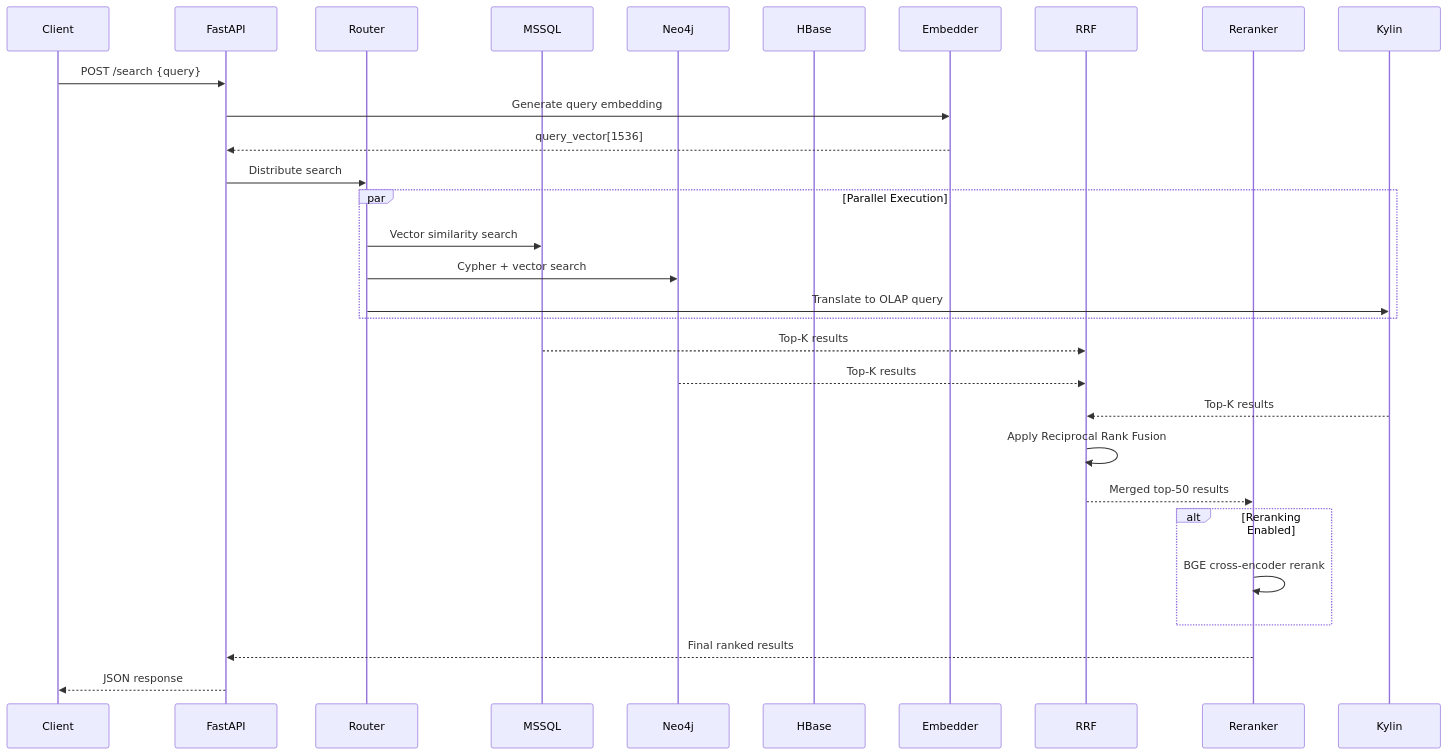
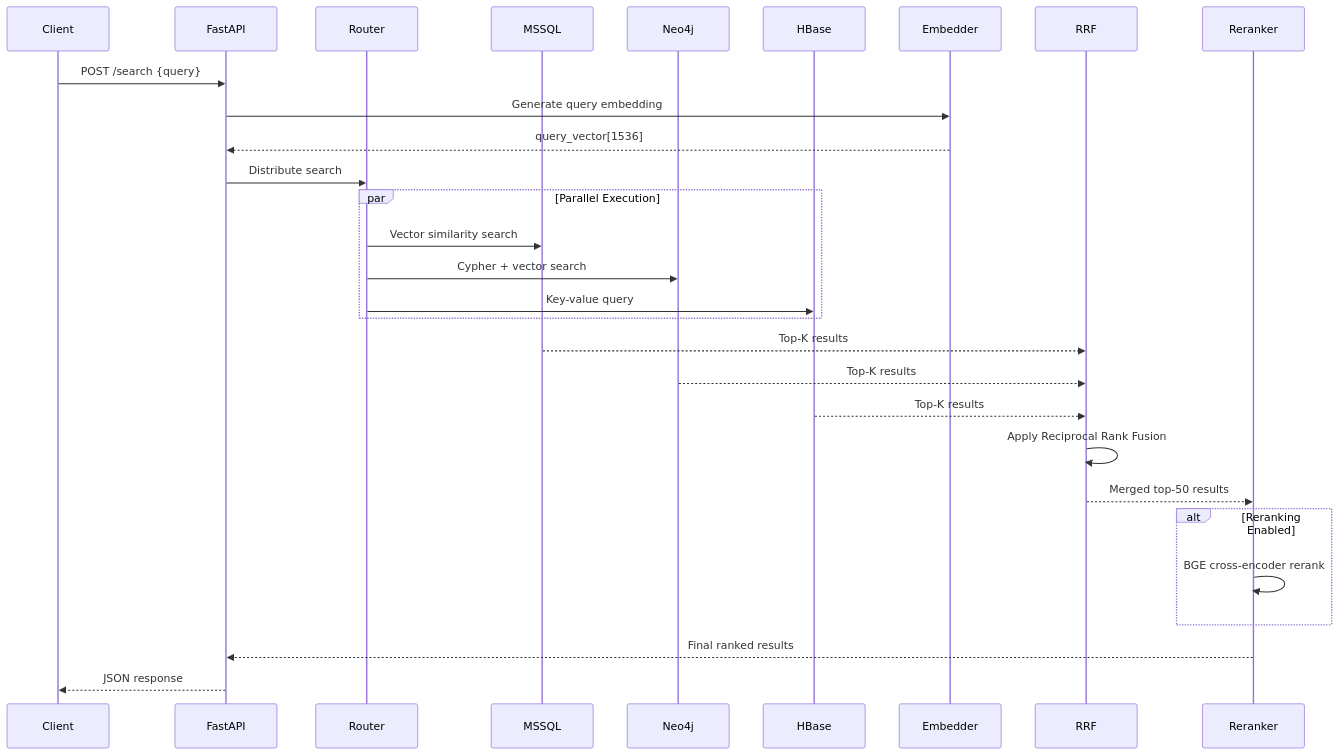
One commit to ydkulks/SemanticSearchEngine changed the second of 3 diagrams in Plan.md. Above: the diagram before and after it, drawn with Mermaid. The commit also changed other lines of this file and 4 other files, not shown here.

````diff
--- a/Plan.md
+++ b/Plan.md
@@ -46,40 +46,40 @@
 ```mermaid
 ---
 config:
   theme: default
   look: classic
 ---
 sequenceDiagram
 
     participant Client
     participant FastAPI
     participant Router
     participant MSSQL
     participant Neo4j
     participant HBase
     participant Embedder
     participant RRF
     participant Reranker
 
     Client->>FastAPI: POST /search {query}
     FastAPI->>Embedder: Generate query embedding
     Embedder-->>FastAPI: query_vector[1536]
     FastAPI->>Router: Distribute search
     par Parallel Execution
         Router->>MSSQL: Vector similarity search
         Router->>Neo4j: Cypher + vector search
-        Router->>Kylin: Translate to OLAP query
+        Router->>HBase: Key-value query
     end
 
     MSSQL-->>RRF: Top-K results
     Neo4j-->>RRF: Top-K results
-    Kylin-->>RRF: Top-K results
+    HBase-->>RRF: Top-K results
 
     RRF->>RRF: Apply Reciprocal Rank Fusion
     RRF-->>Reranker: Merged top-50 results
     alt Reranking Enabled
         Reranker->>Reranker: BGE cross-encoder rerank
     end
     Reranker-->>FastAPI: Final ranked results
     FastAPI-->>Client: JSON response
 ```
````
